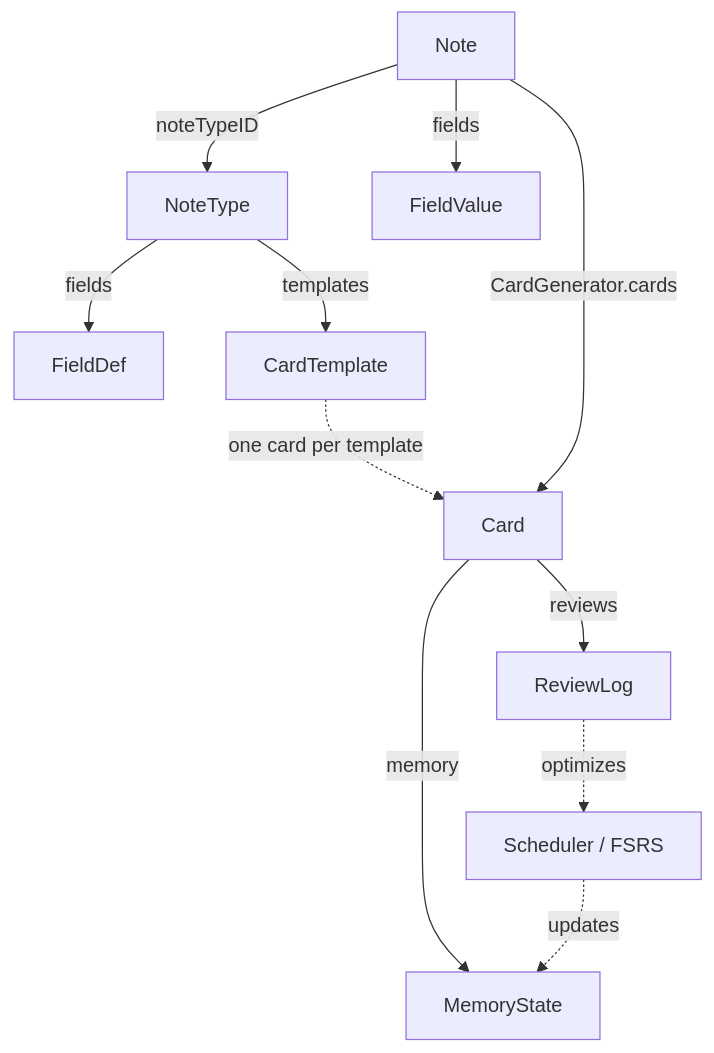
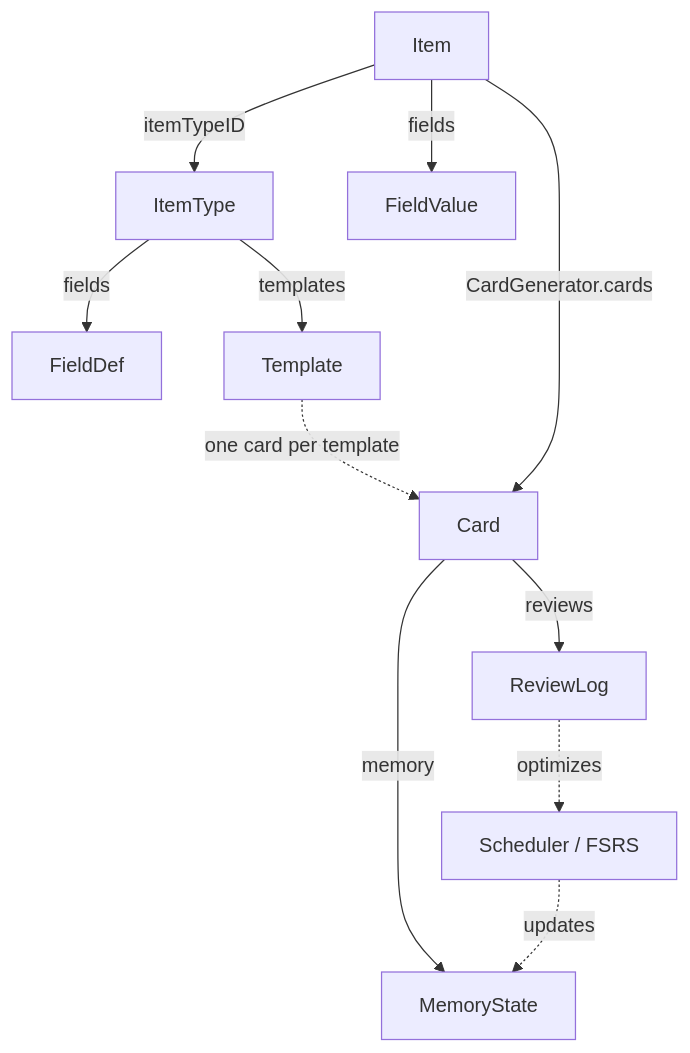
The diagram in docs/DESIGN.md (neoanki2/neoanki2), drawn with Mermaid before and after one commit. The commit also changed other lines of this file and 50 other files, not shown here.

````diff
--- a/docs/DESIGN.md
+++ b/docs/DESIGN.md
@@ -133,13 +133,13 @@
 ```mermaid
 graph TD
-    NT[NoteType] -->|fields| FD[FieldDef]
-    NT -->|templates| CT[CardTemplate]
-    N[Note] -->|noteTypeID| NT
+    NT[ItemType] -->|fields| FD[FieldDef]
+    NT -->|templates| CT[Template]
+    N[Item] -->|itemTypeID| NT
     N -->|fields| FV[FieldValue]
     N -->|CardGenerator.cards| C[Card]
     CT -.->|one card per template| C
     C -->|memory| MS[MemoryState]
     C -->|reviews| RL[ReviewLog]
     RL -.->|optimizes| SCH[Scheduler / FSRS]
     SCH -.->|updates| MS
 ```
````
